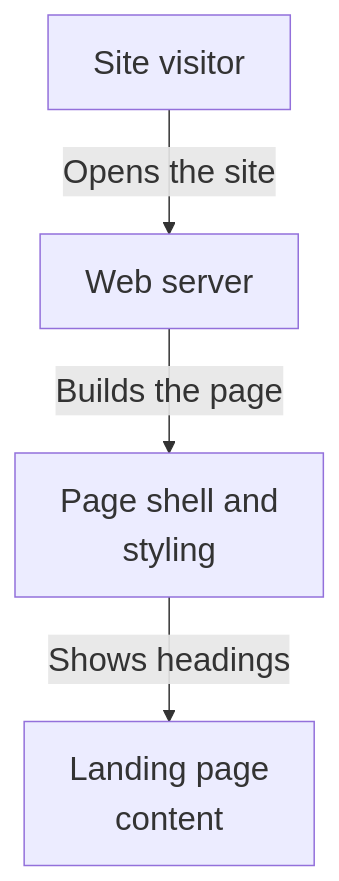
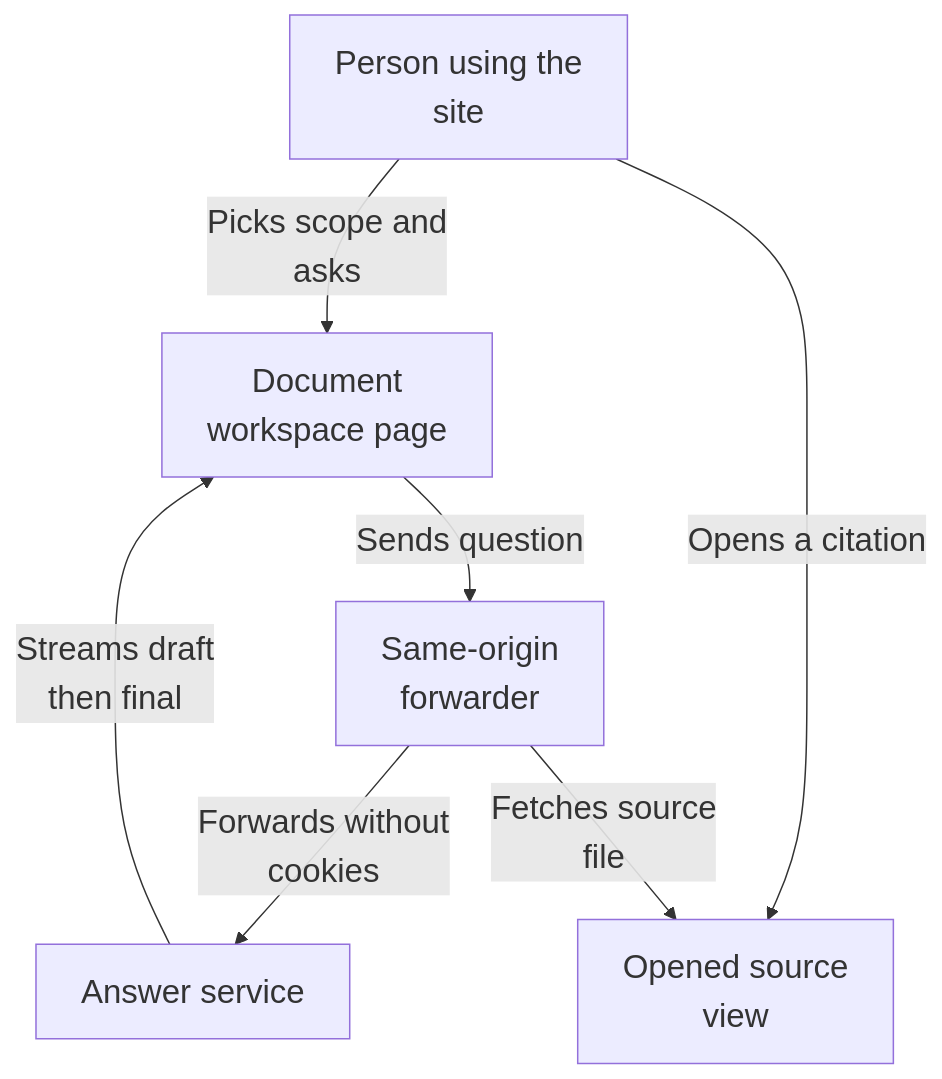
One commit to Justin-Mendoza/Afterclass changed the diagram in overview/diagram-04.mmd. Above: the diagram before and after it, drawn with Mermaid. The commit also changed 85 other files, not shown here.

```diff
--- a/overview/diagram-04.mmd
+++ b/overview/diagram-04.mmd
@@ -1,9 +1,13 @@
 %%{init: {"themeVariables": {"fontSize": "22px"}}}%%
 flowchart TD
-  n0["Site visitor"]
-  n1["Web server"]
-  n2["Page shell and<br/>styling"]
-  n3["Landing page<br/>content"]
-  n0 -->|"Opens the site"| n1
-  n1 -->|"Builds the page"| n2
-  n2 -->|"Shows headings"| n3
+  n0["Person using the<br/>site"]
+  n1["Document<br/>workspace page"]
+  n2["Same-origin<br/>forwarder"]
+  n3["Answer service"]
+  n4["Opened source<br/>view"]
+  n0 -->|"Picks scope and<br/>asks"| n1
+  n1 -->|"Sends question"| n2
+  n2 -->|"Forwards without<br/>cookies"| n3
+  n3 -->|"Streams draft<br/>then final"| n1
+  n0 -->|"Opens a citation"| n4
+  n2 -->|"Fetches source<br/>file"| n4
```
